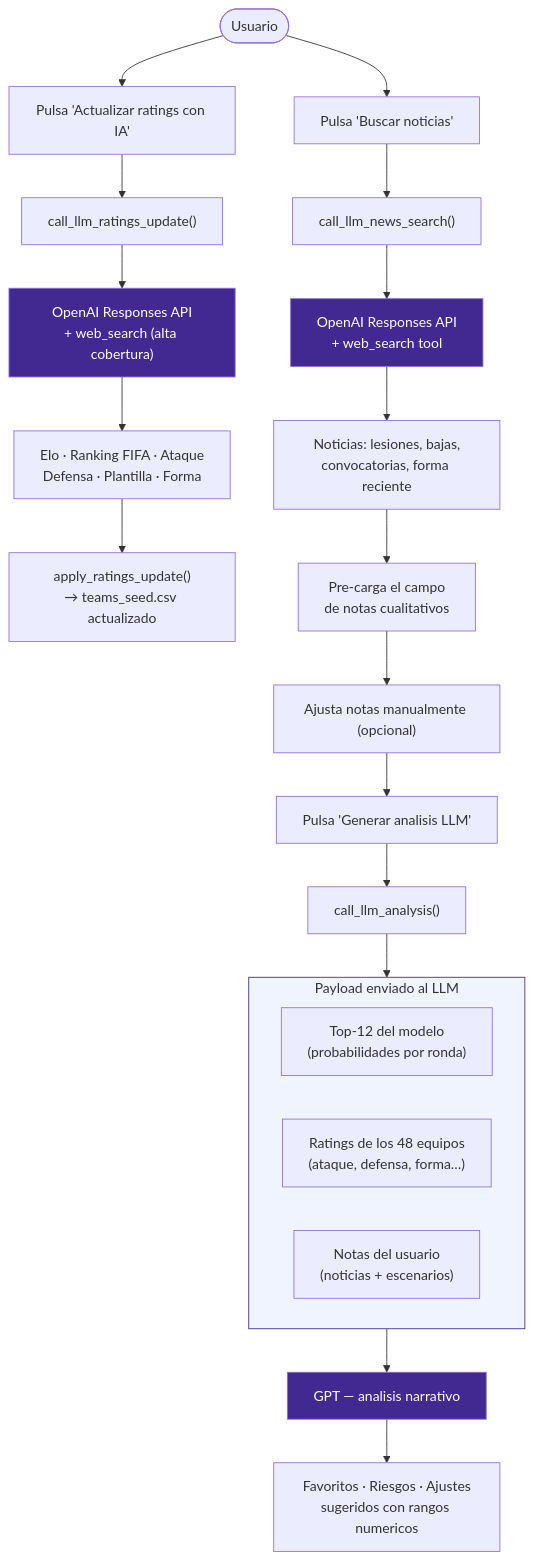
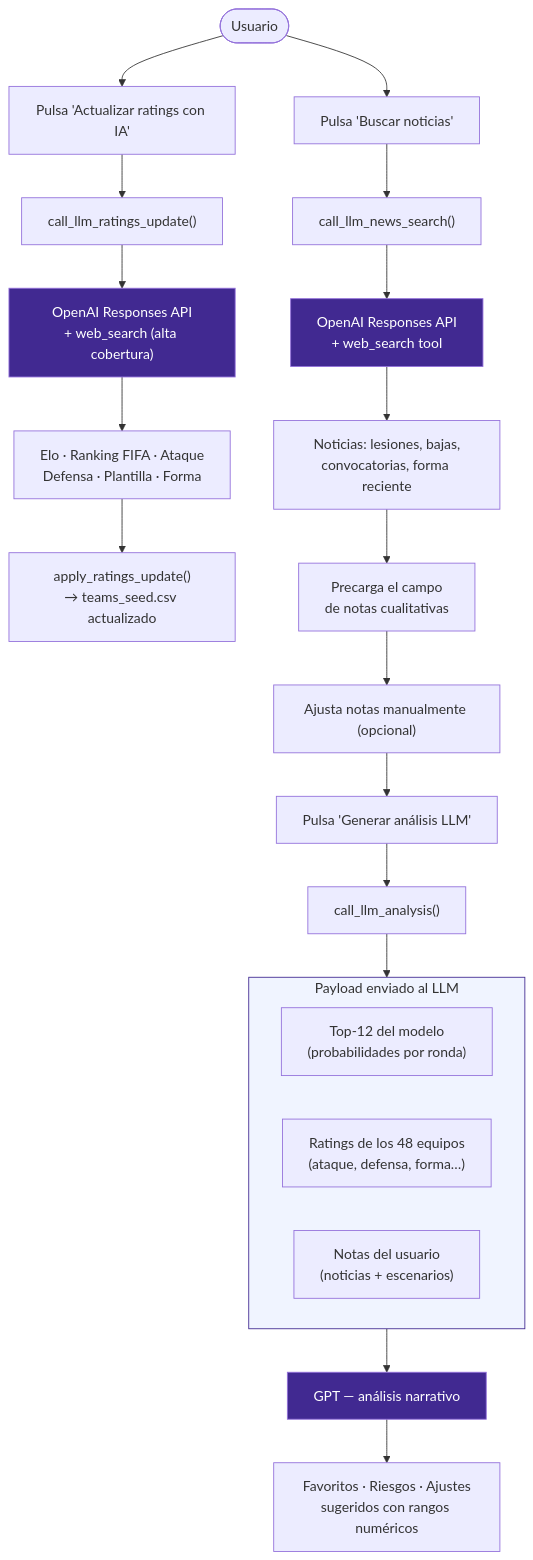
The diagram in README.md (fjgonzalezmgt/WCUP2026), drawn with Mermaid before and after one commit. The commit also changed other lines of this file, not shown here.

````diff
--- a/README.md
+++ b/README.md
@@ -46,33 +46,33 @@
 ```mermaid
 flowchart TD
     U([Usuario]) --> R["Pulsa 'Actualizar ratings con IA'"]
     R --> RA["call_llm_ratings_update()"]
     RA --> RB["OpenAI Responses API\n+ web_search (alta cobertura)"]
     RB --> RC["Elo · Ranking FIFA · Ataque\nDefensa · Plantilla · Forma"]
     RC --> RD["apply_ratings_update()\n→ teams_seed.csv actualizado"]
 
     U --> A["Pulsa 'Buscar noticias'"]
     A --> B["call_llm_news_search()"]
     B --> C["OpenAI Responses API\n+ web_search tool"]
     C --> D["Noticias: lesiones, bajas,\nconvocatorias, forma reciente"]
-    D --> E["Pre-carga el campo\nde notas cualitativos"]
+    D --> E["Precarga el campo\nde notas cualitativas"]
 
     E --> F["Ajusta notas manualmente (opcional)"]
-    F --> G["Pulsa 'Generar analisis LLM'"]
+    F --> G["Pulsa 'Generar análisis LLM'"]
     G --> H["call_llm_analysis()"]
 
     subgraph payload [Payload enviado al LLM]
         P1["Top-12 del modelo\n(probabilidades por ronda)"]
         P2["Ratings de los 48 equipos\n(ataque, defensa, forma…)"]
         P3["Notas del usuario\n(noticias + escenarios)"]
     end
 
     H --> payload
-    payload --> I["GPT — analisis narrativo"]
-    I --> J["Favoritos · Riesgos · Ajustes\nsugeridos con rangos numericos"]
+    payload --> I["GPT — análisis narrativo"]
+    I --> J["Favoritos · Riesgos · Ajustes\nsugeridos con rangos numéricos"]
 
     style C fill:#412991,color:#fff
     style RB fill:#412991,color:#fff
     style I fill:#412991,color:#fff
     style payload fill:#f0f4ff,stroke:#412991
 ```
````
